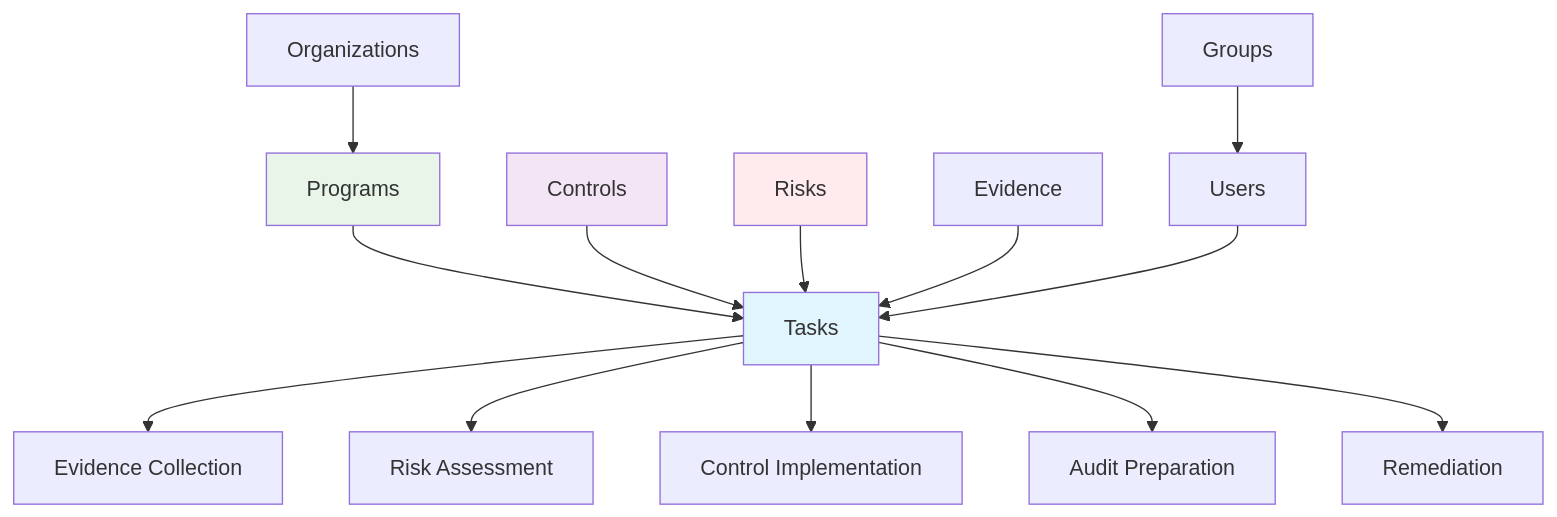
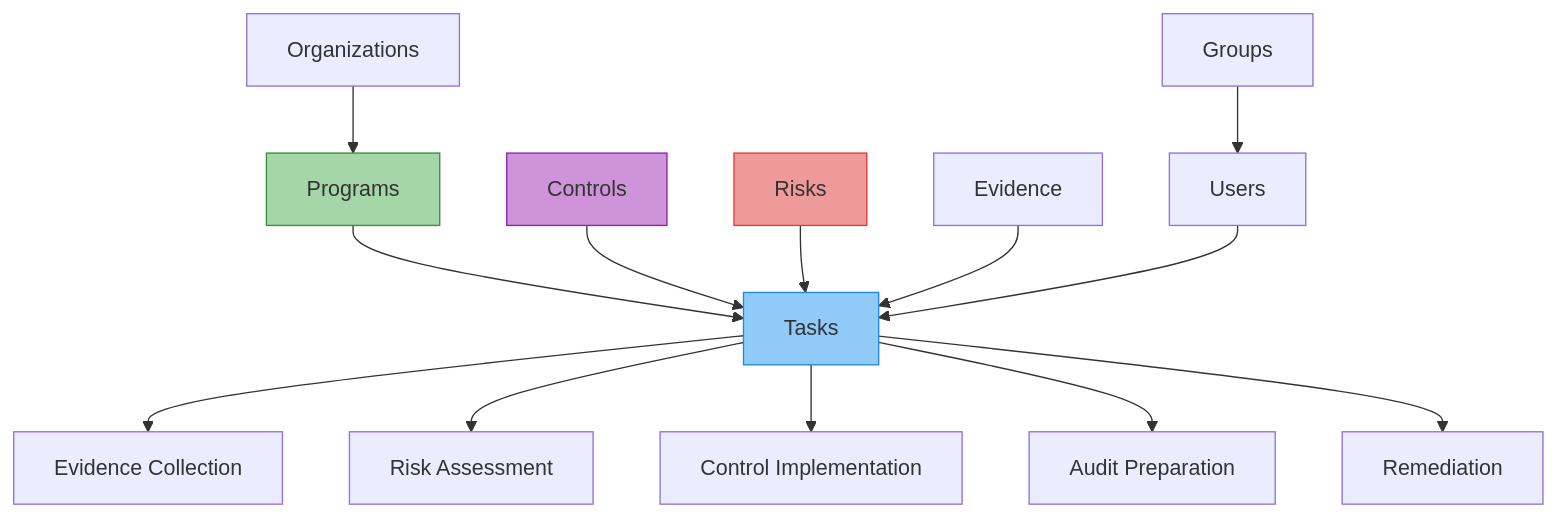
Before and after one commit to theopenlane/openlane-docs: the diagram in docs/docs/platform/basics/tasks/overview.mdx, drawn with Mermaid. The commit also changed 58 other files, not shown here.

Commit message:
revert orange colors, dark mode mermaid, regroup navs back closer to before

````diff
--- a/docs/docs/platform/basics/tasks/overview.mdx
+++ b/docs/docs/platform/basics/tasks/overview.mdx
@@ -13,22 +13,22 @@
 ```mermaid
 graph TD
     A[Programs] --> B[Tasks]
     C[Controls] --> B
     D[Risks] --> B
     E[Evidence] --> B
     F[Users] --> B
 
     B --> G[Evidence Collection]
     B --> H[Risk Assessment]
     B --> I[Control Implementation]
     B --> J[Audit Preparation]
     B --> K[Remediation]
 
     P[Groups] --> F
     Q[Organizations] --> A
 
-    style B fill:#e1f5fe
-    style A fill:#e8f5e8
-    style C fill:#f3e5f5
-    style D fill:#ffebee
+    style B fill:#90caf9,stroke:#1e88e5,color:#333
+    style A fill:#a5d6a7,stroke:#388e3c,color:#333
+    style C fill:#ce93d8,stroke:#8e24aa,color:#333
+    style D fill:#ef9a9a,stroke:#e53935,color:#333
 ```
````
